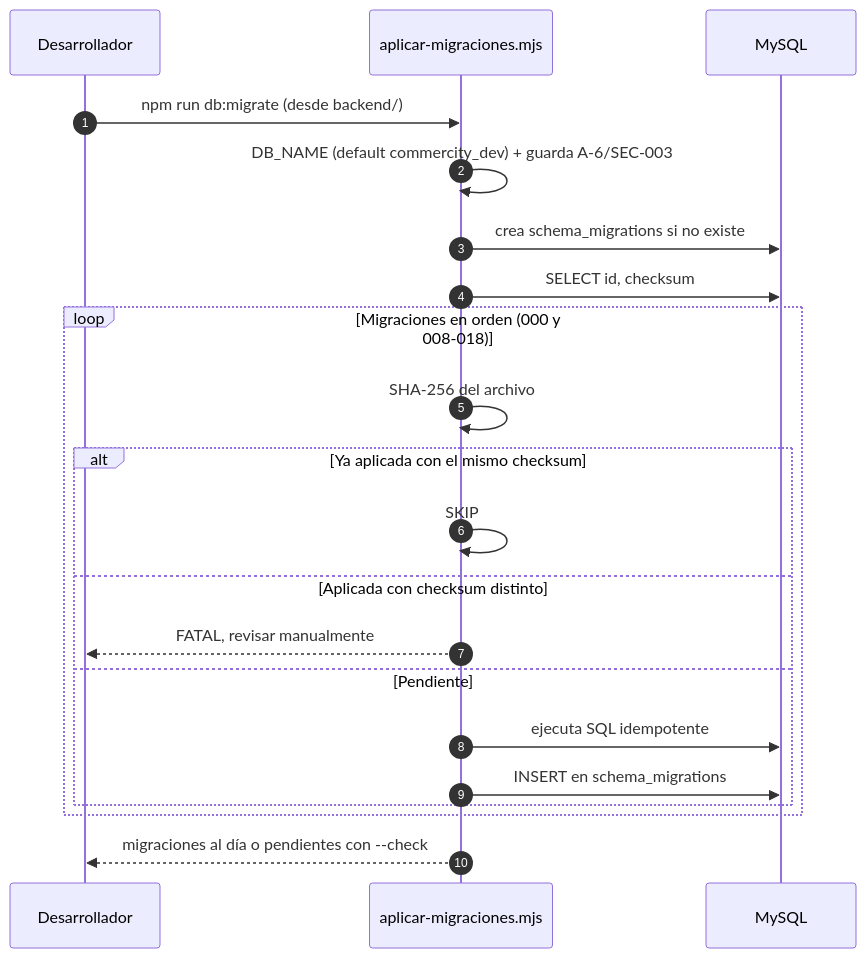
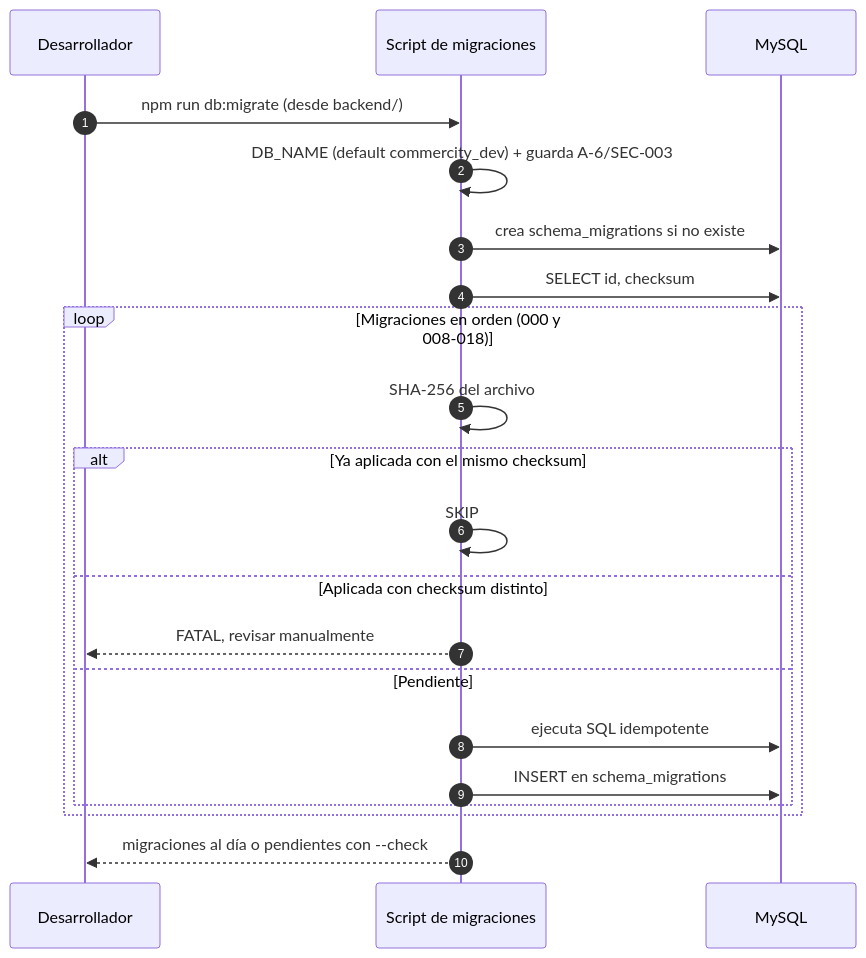
One commit to diegoSerna17/Commercity changed diagram 16 of 17 in README.md. Above: the diagram before and after it, drawn with Mermaid. The commit also changed other lines of this file, not shown here.

Commit message:
DOCS: ajusta precision de los flujos y diagramas de secuencia

````diff
--- a/README.md
+++ b/README.md
@@ -439,23 +439,23 @@
 ```mermaid
 sequenceDiagram
     autonumber
     participant DEV as Desarrollador
-    participant MIG as aplicar-migraciones.mjs
+    participant MIG as Script de migraciones
     participant DB as MySQL
     DEV->>MIG: npm run db:migrate (desde backend/)
     MIG->>MIG: DB_NAME (default commercity_dev) + guarda A-6/SEC-003
     MIG->>DB: crea schema_migrations si no existe
     MIG->>DB: SELECT id, checksum
     loop Migraciones en orden (000 y 008-018)
         MIG->>MIG: SHA-256 del archivo
         alt Ya aplicada con el mismo checksum
             MIG->>MIG: SKIP
         else Aplicada con checksum distinto
             MIG-->>DEV: FATAL, revisar manualmente
         else Pendiente
             MIG->>DB: ejecuta SQL idempotente
             MIG->>DB: INSERT en schema_migrations
         end
     end
     MIG-->>DEV: migraciones al día o pendientes con --check
 ```
````
